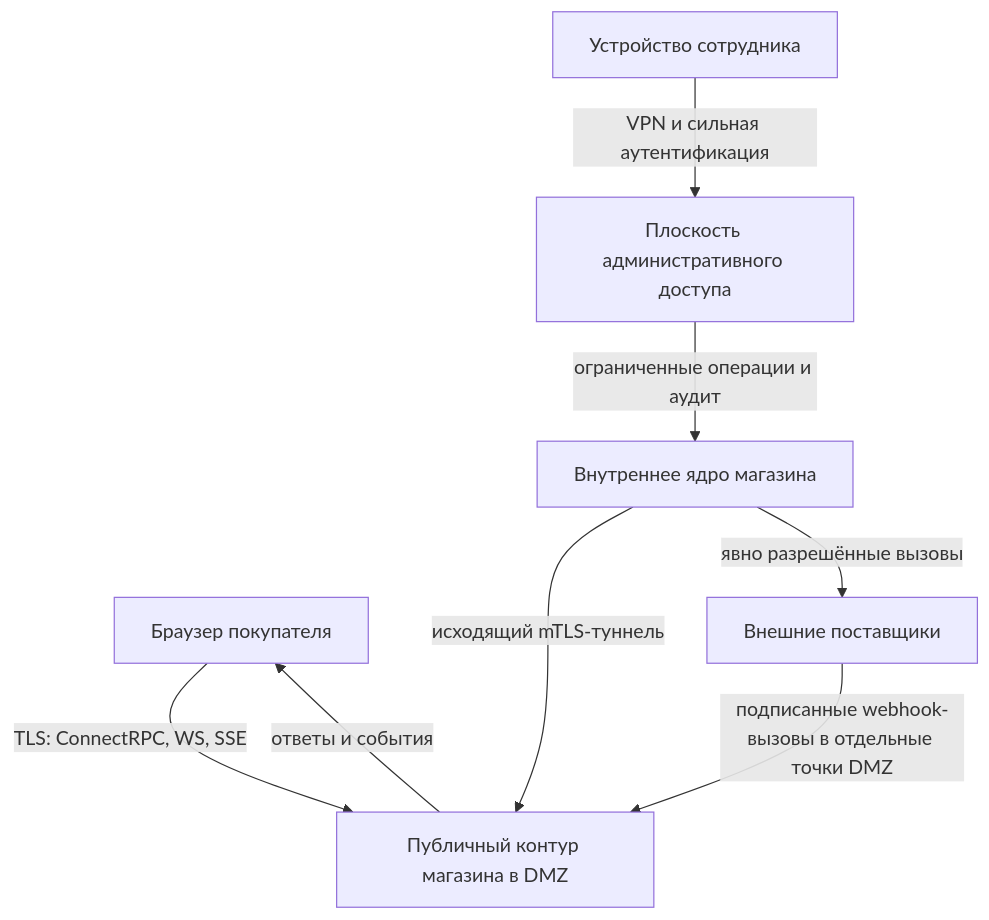
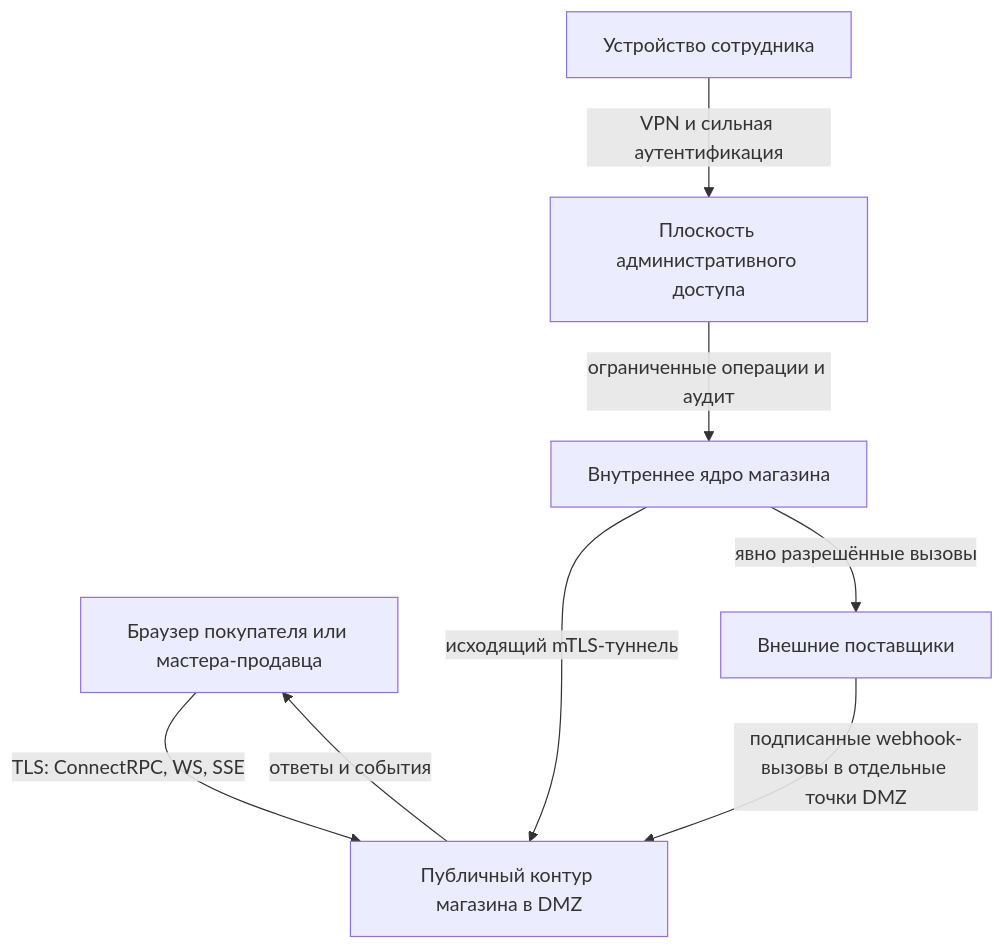
Before and after one commit to v0hmly/marketmesh: the diagram in docs/architecture/system-context.md, drawn with Mermaid. The commit also changed other lines of this file and 4 other files, not shown here.

```diff
--- a/docs/architecture/system-context.md
+++ b/docs/architecture/system-context.md
@@ -38,18 +39,18 @@
 ~~~mermaid
 flowchart TB
-    browser[Браузер покупателя]
+    browser[Браузер покупателя или мастера-продавца]
     staff[Устройство сотрудника]
     external[Внешние поставщики]
 
     shop[Публичный контур магазина в DMZ]
     core[Внутреннее ядро магазина]
     admin[Плоскость административного доступа]
 
     browser -->|TLS: ConnectRPC, WS, SSE| shop
     shop -->|ответы и события| browser
     staff -->|VPN и сильная аутентификация| admin
     admin -->|ограниченные операции и аудит| core
     core -->|исходящий mTLS-туннель| shop
     core -->|явно разрешённые вызовы| external
     external -->|подписанные webhook-вызовы в отдельные точки DMZ| shop
 ~~~
```
